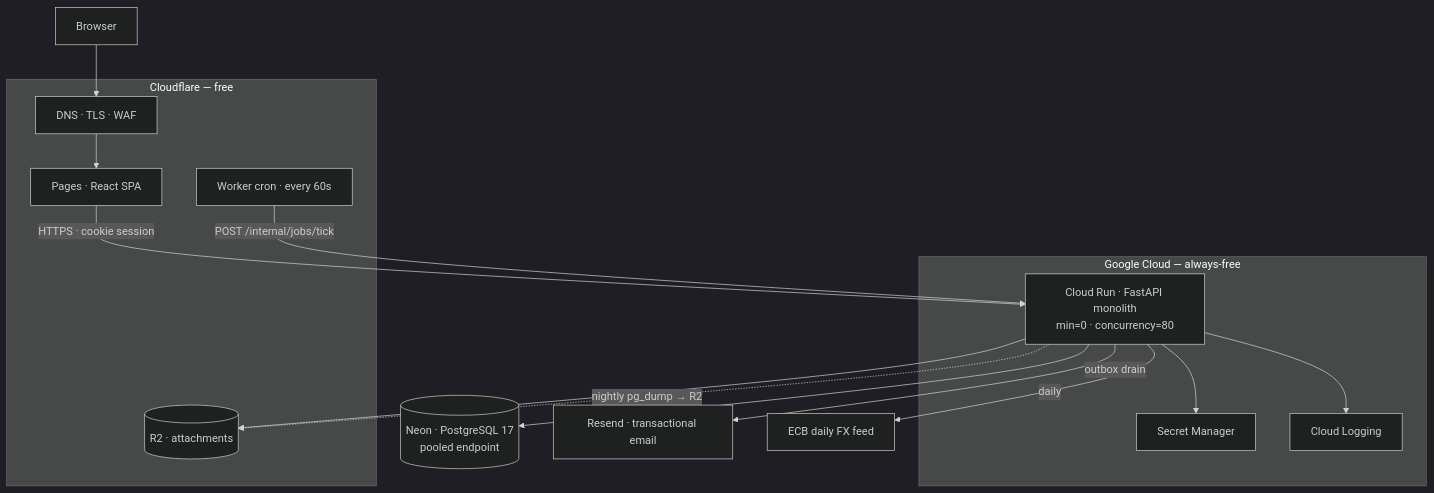
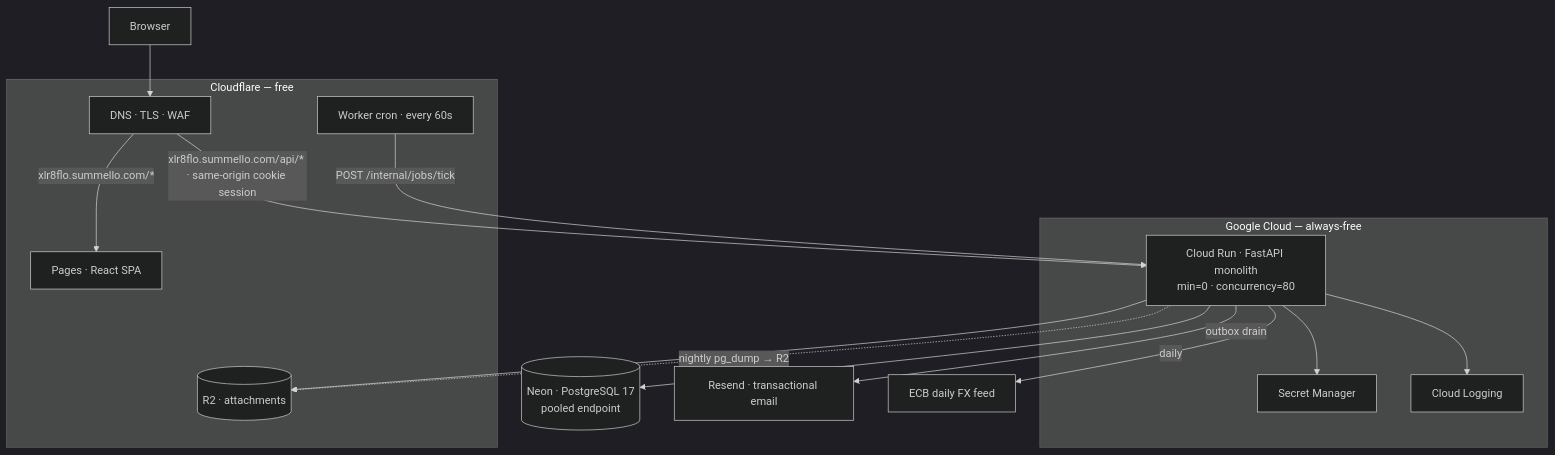
Before and after one commit to summello/xlr8-flo: the diagram in docs/claude-plan.md, drawn with Mermaid (dark theme). The commit also changed other lines of this file and 2 other files, not shown here.

Commit message:
docs: D-17 — one public origin, Cloudflare path-splits /api to Cloud Run
The public origin was never decided. E01-S05 is about to wire DNS, so it has
to be, and the choice is load-bearing for session security rather than
cosmetic.

Chosen: `xlr8flo.summello.com` serves both halves. Cloudflare routes `/api/*`
to Cloud Run and everything else to Pages.

Same origin means no CORS at all, and it permits `__Host-` prefixed session
cookies in E02-S02. That prefix forbids a `Domain` attribute, so the cookie
cannot be set or overwritten by any sibling subdomain. Split subdomains
(`app.` + `api.`) would force `Domain=.xlr8flo.summello.com` and give the
prefix up. A path on the company apex is worse again: the marketing site and
the authenticated app would share an origin, so an XSS on either reads the
other's session.

Cost is one Worker route. It also puts Cloud Run behind Cloudflare so its
ingress can be restricted rather than internet-facing (SEC-003).

E01-S05's packet gains the routing, the relative `VITE_API_BASE_URL`, and an
acceptance criterion asserting no CORS header exists anywhere in the API.

Claude-Session: https://claude.ai/code/session_017vuXTH52U4hVyzNzeygvhH

````diff
--- a/docs/claude-plan.md
+++ b/docs/claude-plan.md
@@ -117,28 +118,29 @@
 ```mermaid
 flowchart TB
     subgraph CF["Cloudflare — free"]
         DNS[DNS · TLS · WAF]
         PAGES[Pages · React SPA]
         R2[(R2 · attachments)]
         CRON[Worker cron · every 60s]
     end
     subgraph GCP["Google Cloud — always-free"]
         RUN["Cloud Run · FastAPI monolith<br/>min=0 · concurrency=80"]
         SM[Secret Manager]
         LOG[Cloud Logging]
     end
     NEON[(Neon · PostgreSQL 17<br/>pooled endpoint)]
     RESEND[Resend · transactional email]
     ECB[ECB daily FX feed]
 
-    U[Browser] --> DNS --> PAGES
-    PAGES -->|"HTTPS · cookie session"| RUN
+    U[Browser] --> DNS
+    DNS -->|"xlr8flo.summello.com/*"| PAGES
+    DNS -->|"xlr8flo.summello.com/api/* · same-origin cookie session"| RUN
     CRON -->|"POST /internal/jobs/tick"| RUN
     RUN --> NEON
     RUN --> R2
     RUN --> SM
     RUN --> LOG
     RUN -->|outbox drain| RESEND
     RUN -->|daily| ECB
     RUN -.->|"nightly pg_dump → R2"| R2
 ```
````
